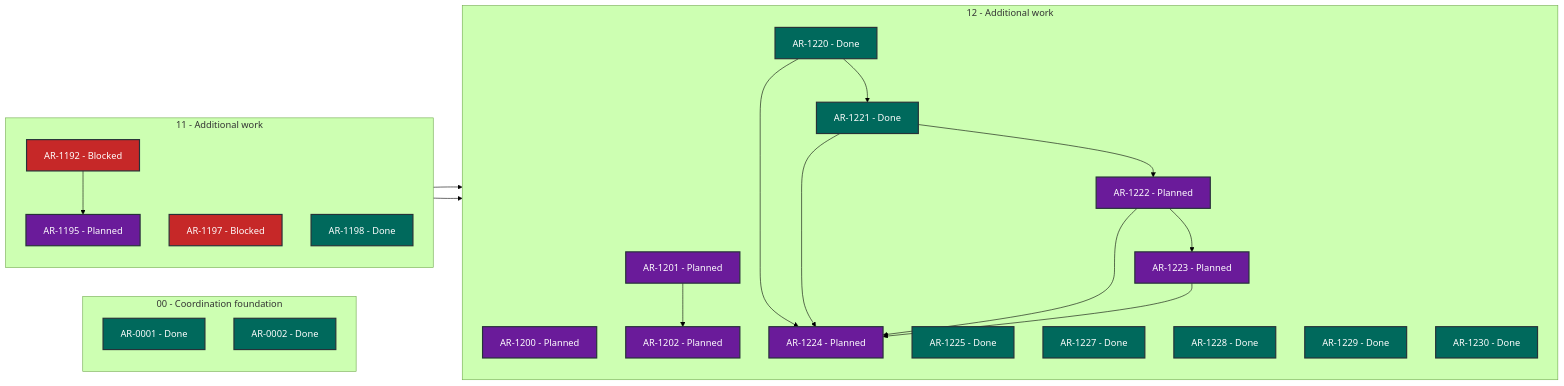
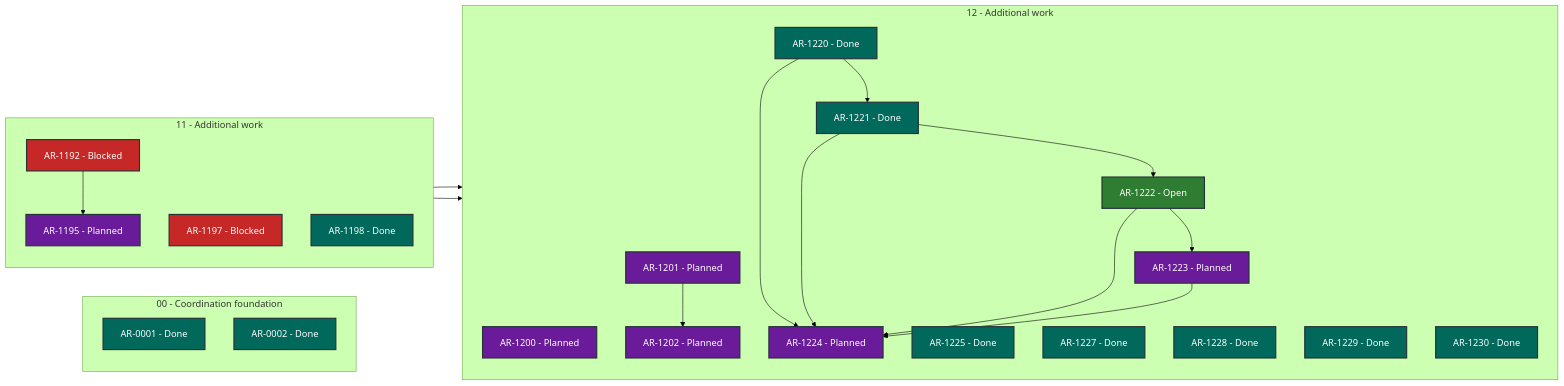
The diagram in STATUS.md (martin-beck/asb-tui-state), drawn with Mermaid (forest theme) before and after one commit. The commit also changed other lines of this file and 2 other files, not shown here.

````diff
--- a/STATUS.md
+++ b/STATUS.md
@@ -27,50 +27,50 @@
 ```mermaid
 flowchart LR
     subgraph series_00["00 - Coordination foundation"]
         direction TB
         AR_0001["AR-0001 - Done"]:::status_done
         AR_0002["AR-0002 - Done"]:::status_done
     end
     subgraph series_11["11 - Additional work"]
         direction TB
         AR_1192["AR-1192 - Blocked"]:::status_blocked
         AR_1195["AR-1195 - Planned"]:::status_planned
         AR_1197["AR-1197 - Blocked"]:::status_blocked
         AR_1198["AR-1198 - Done"]:::status_done
     end
     subgraph series_12["12 - Additional work"]
         direction TB
         AR_1200["AR-1200 - Planned"]:::status_planned
         AR_1201["AR-1201 - Planned"]:::status_planned
         AR_1202["AR-1202 - Planned"]:::status_planned
         AR_1220["AR-1220 - Done"]:::status_done
         AR_1221["AR-1221 - Done"]:::status_done
-        AR_1222["AR-1222 - Planned"]:::status_planned
+        AR_1222["AR-1222 - Open"]:::status_open
         AR_1223["AR-1223 - Planned"]:::status_planned
         AR_1224["AR-1224 - Planned"]:::status_planned
         AR_1225["AR-1225 - Done"]:::status_done
         AR_1227["AR-1227 - Done"]:::status_done
         AR_1228["AR-1228 - Done"]:::status_done
         AR_1229["AR-1229 - Done"]:::status_done
         AR_1230["AR-1230 - Done"]:::status_done
     end
     AR_1192 --> AR_1195
     AR_1195 --> AR_1200
     AR_1197 --> AR_1201
     AR_1201 --> AR_1202
     AR_1220 --> AR_1221
     AR_1220 --> AR_1224
     AR_1221 --> AR_1222
     AR_1221 --> AR_1224
     AR_1222 --> AR_1223
     AR_1222 --> AR_1224
     AR_1223 --> AR_1224
     classDef status_in_progress fill:#1565c0,color:#ffffff,stroke:#263238,stroke-width:2px
     classDef status_open fill:#2e7d32,color:#ffffff,stroke:#263238,stroke-width:2px
     classDef status_blocked fill:#c62828,color:#ffffff,stroke:#263238,stroke-width:2px
     classDef status_planned fill:#6a1b9a,color:#ffffff,stroke:#263238,stroke-width:2px
     classDef status_future fill:#455a64,color:#ffffff,stroke:#263238,stroke-width:2px
     classDef status_done fill:#00695c,color:#ffffff,stroke:#263238,stroke-width:2px
     classDef status_cancelled fill:#616161,color:#ffffff,stroke:#263238,stroke-width:2px
     classDef status_superseded fill:#5d4037,color:#ffffff,stroke:#263238,stroke-width:2px
 ```
````
